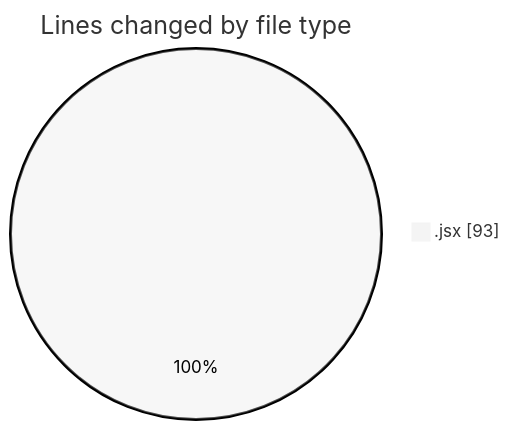
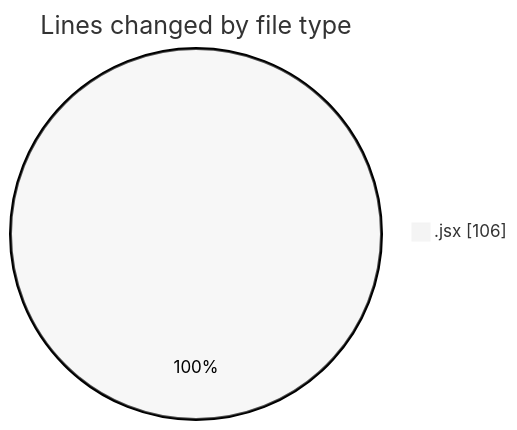
Before and after one commit to Elitesun/code-tracking: the first of 2 diagrams in 2025-03-08/elitesgpt/README.md, drawn with Mermaid (neutral theme). The commit also changed other lines of this file and 1 other file, not shown here.

````diff
--- a/2025-03-08/elitesgpt/README.md
+++ b/2025-03-08/elitesgpt/README.md
@@ -20,5 +20,5 @@
 ```mermaid
 pie showData
 title Lines changed by file type
-".jsx" : 93
+".jsx" : 106
 ```
````
